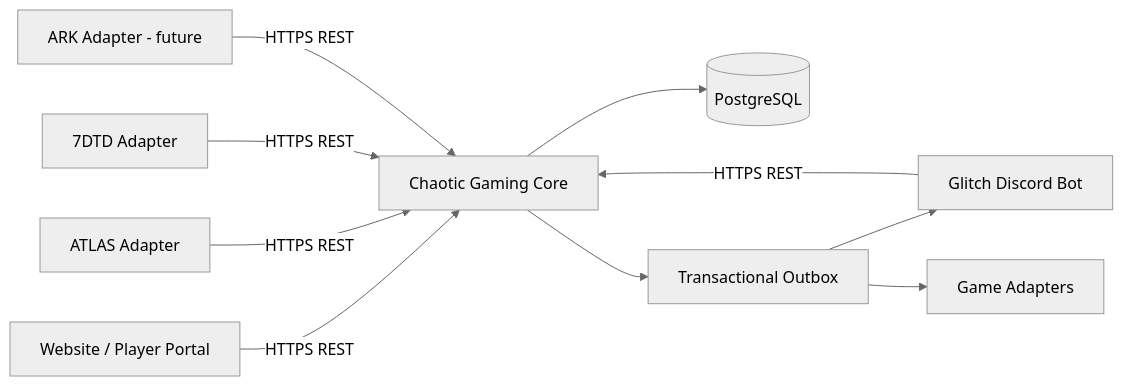
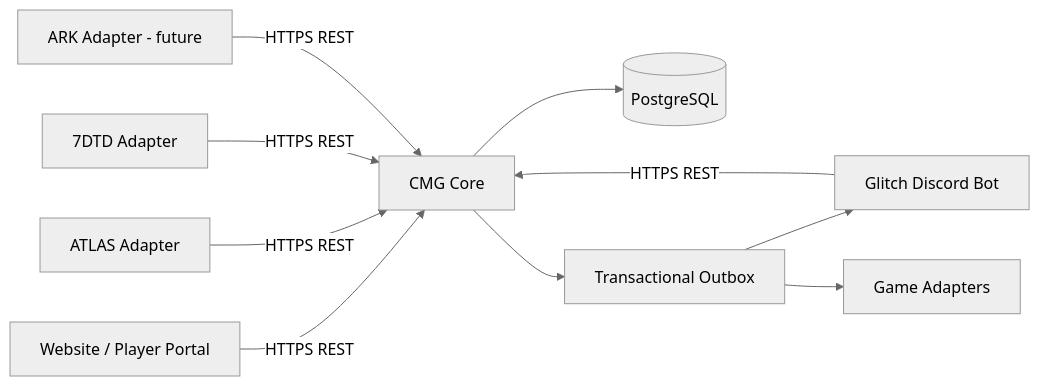
One commit to Chaotic-Minds-Collective/chaotic-gaming-docs changed the diagram in architecture/system-overview.md. Above: the diagram before and after it, drawn with Mermaid (neutral theme).

Commit message:
docs: align gaming documentation with CMG brand

````diff
--- a/architecture/system-overview.md
+++ b/architecture/system-overview.md
@@ -3,12 +3,12 @@
 ```mermaid
 flowchart LR
-  WEB[Website / Player Portal] -->|HTTPS REST| CORE[Chaotic Gaming Core]
+  WEB[Website / Player Portal] -->|HTTPS REST| CORE[CMG Core]
   BOT[Glitch Discord Bot] -->|HTTPS REST| CORE
   ATLAS[ATLAS Adapter] -->|HTTPS REST| CORE
   TD[7DTD Adapter] -->|HTTPS REST| CORE
   ARK[ARK Adapter - future] -->|HTTPS REST| CORE
   CORE --> DB[(PostgreSQL)]
   CORE --> OUTBOX[Transactional Outbox]
   OUTBOX --> BOT
   OUTBOX --> ADAPTERS[Game Adapters]
 ```
````
